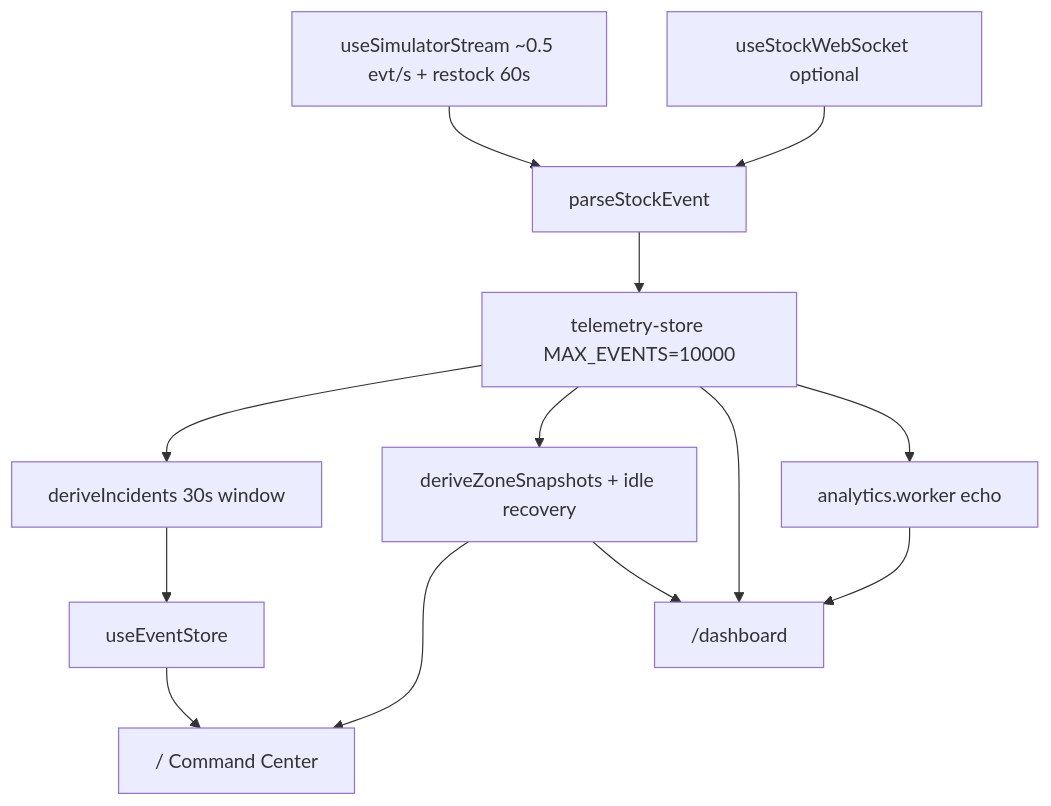
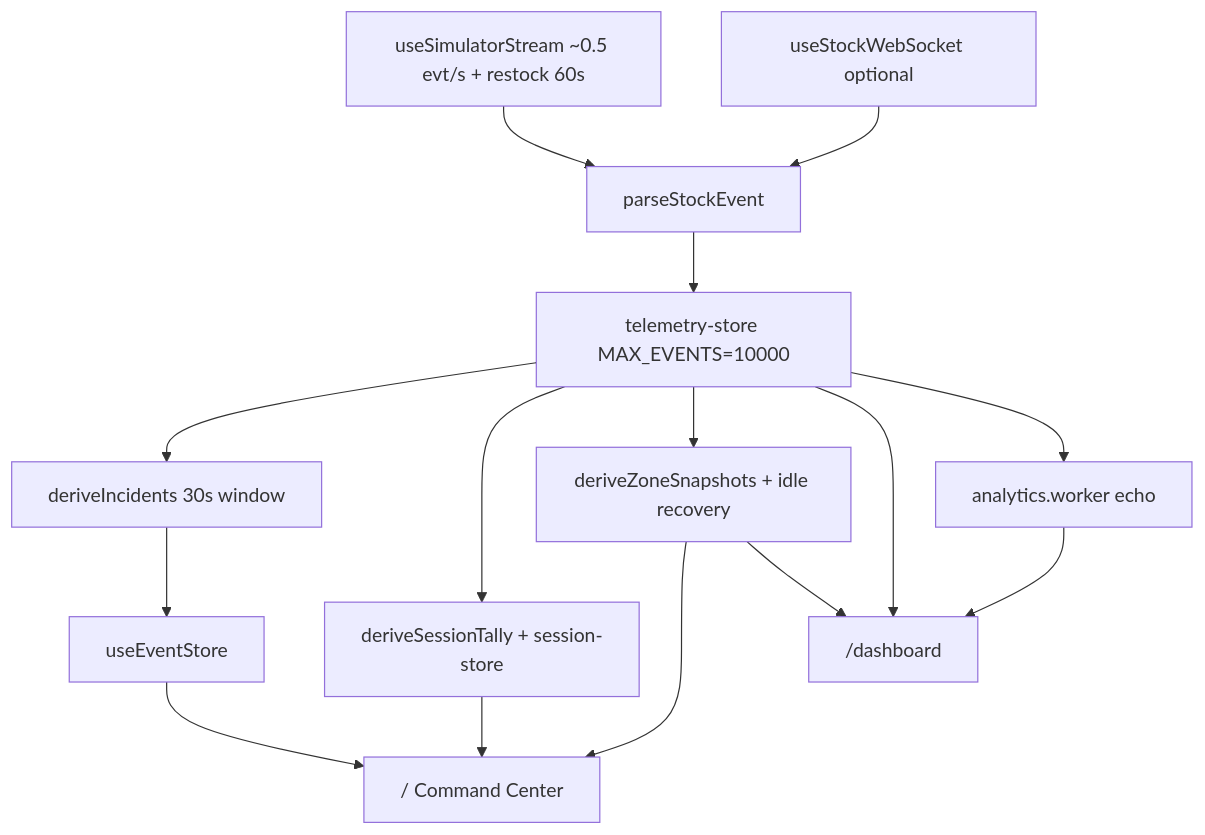
One commit to ikrame-ih/live-event-radar changed the diagram in docs/architecture.md. Above: the diagram before and after it, drawn with Mermaid. The commit also changed other lines of this file and 39 other files, not shown here.

First line of the commit message:
feat: add Session tally and polish live dashboard UX

````diff
--- a/docs/architecture.md
+++ b/docs/architecture.md
@@ -9,22 +9,24 @@
 ```mermaid
 flowchart TB
   mock["useSimulatorStream ~0.5 evt/s + restock 60s"]
   ws["useStockWebSocket optional"]
   parse["parseStockEvent"]
   telemetry["telemetry-store MAX_EVENTS=10000"]
   incidents["deriveIncidents 30s window"]
+  tally["deriveSessionTally + session-store"]
   stock["deriveZoneSnapshots + idle recovery"]
   eventStore["useEventStore"]
   worker["analytics.worker echo"]
   cmd["/ Command Center"]
   dash["/dashboard"]
 
   mock --> parse --> telemetry
   ws --> parse
   telemetry --> incidents --> eventStore --> cmd
+  telemetry --> tally --> cmd
   telemetry --> stock
   stock --> cmd
   telemetry --> dash
   stock --> dash
   telemetry --> worker --> dash
 ```
````
